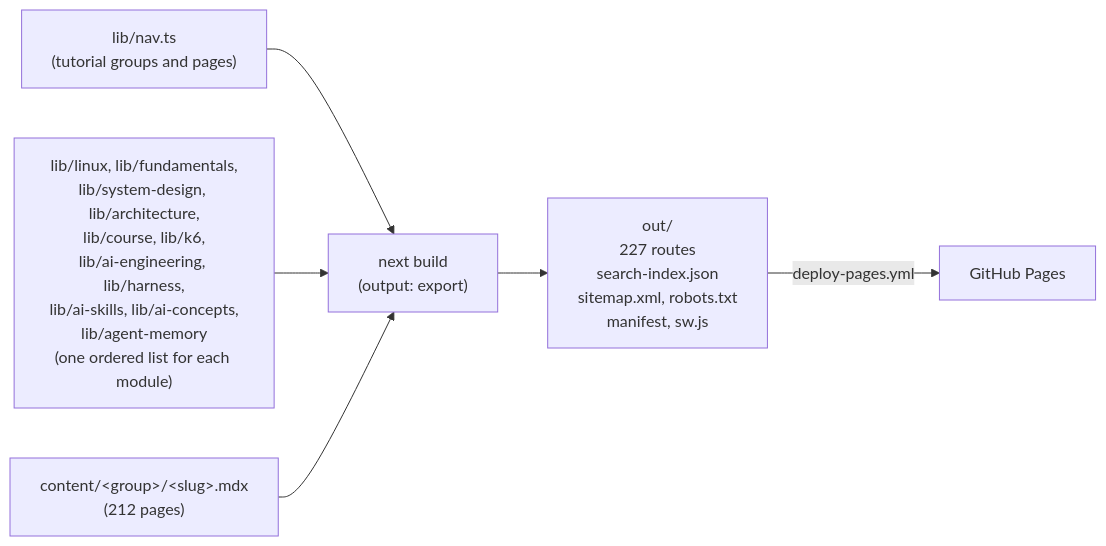
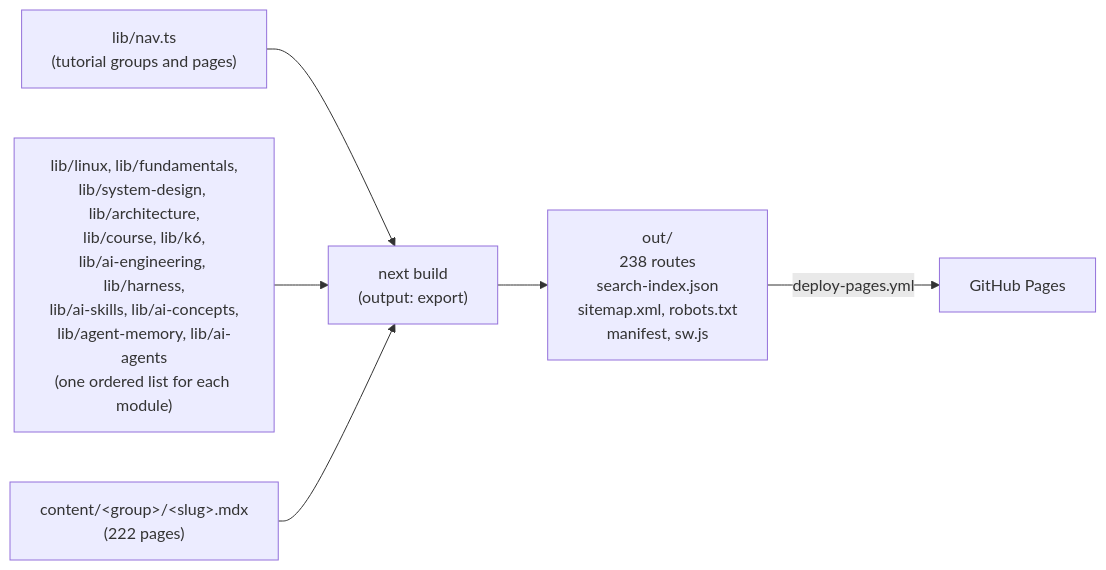
One commit to kawsar-95/ai-testing-guide changed the diagram in docs/ARCHITECTURE.md. Above: the diagram before and after it, drawn with Mermaid. The commit also changed other lines of this file and 71 other files, not shown here.

First line of the commit message:
Add the How AI Agents Work module

````diff
--- a/docs/ARCHITECTURE.md
+++ b/docs/ARCHITECTURE.md
@@ -9,15 +9,15 @@
 ```mermaid
 flowchart LR
   nav["lib/nav.ts<br/>(tutorial groups and pages)"]
-  mods["lib/linux, lib/fundamentals,<br/>lib/system-design, lib/architecture,<br/>lib/course, lib/k6,<br/>lib/ai-engineering, lib/harness,<br/>lib/ai-skills, lib/ai-concepts,<br/>lib/agent-memory<br/>(one ordered list for each module)"]
-  mdx["content/&lt;group&gt;/&lt;slug&gt;.mdx<br/>(212 pages)"]
+  mods["lib/linux, lib/fundamentals,<br/>lib/system-design, lib/architecture,<br/>lib/course, lib/k6,<br/>lib/ai-engineering, lib/harness,<br/>lib/ai-skills, lib/ai-concepts,<br/>lib/agent-memory, lib/ai-agents<br/>(one ordered list for each module)"]
+  mdx["content/&lt;group&gt;/&lt;slug&gt;.mdx<br/>(222 pages)"]
   build["next build<br/>(output: export)"]
-  out["out/<br/>227 routes<br/>search-index.json<br/>sitemap.xml, robots.txt<br/>manifest, sw.js"]
+  out["out/<br/>238 routes<br/>search-index.json<br/>sitemap.xml, robots.txt<br/>manifest, sw.js"]
   pages["GitHub Pages"]
 
   nav --> build
   mods --> build
   mdx --> build
   build --> out
   out -->|deploy-pages.yml| pages
 ```
````
